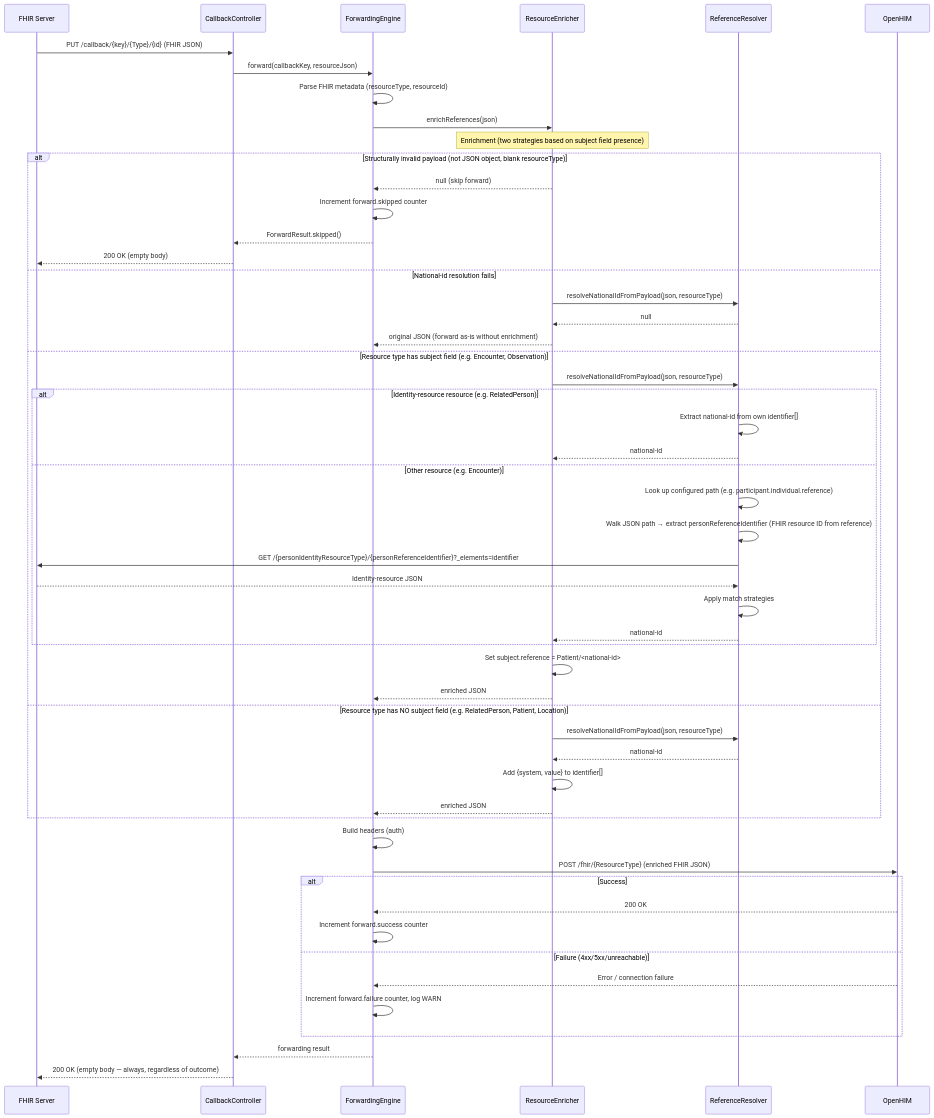
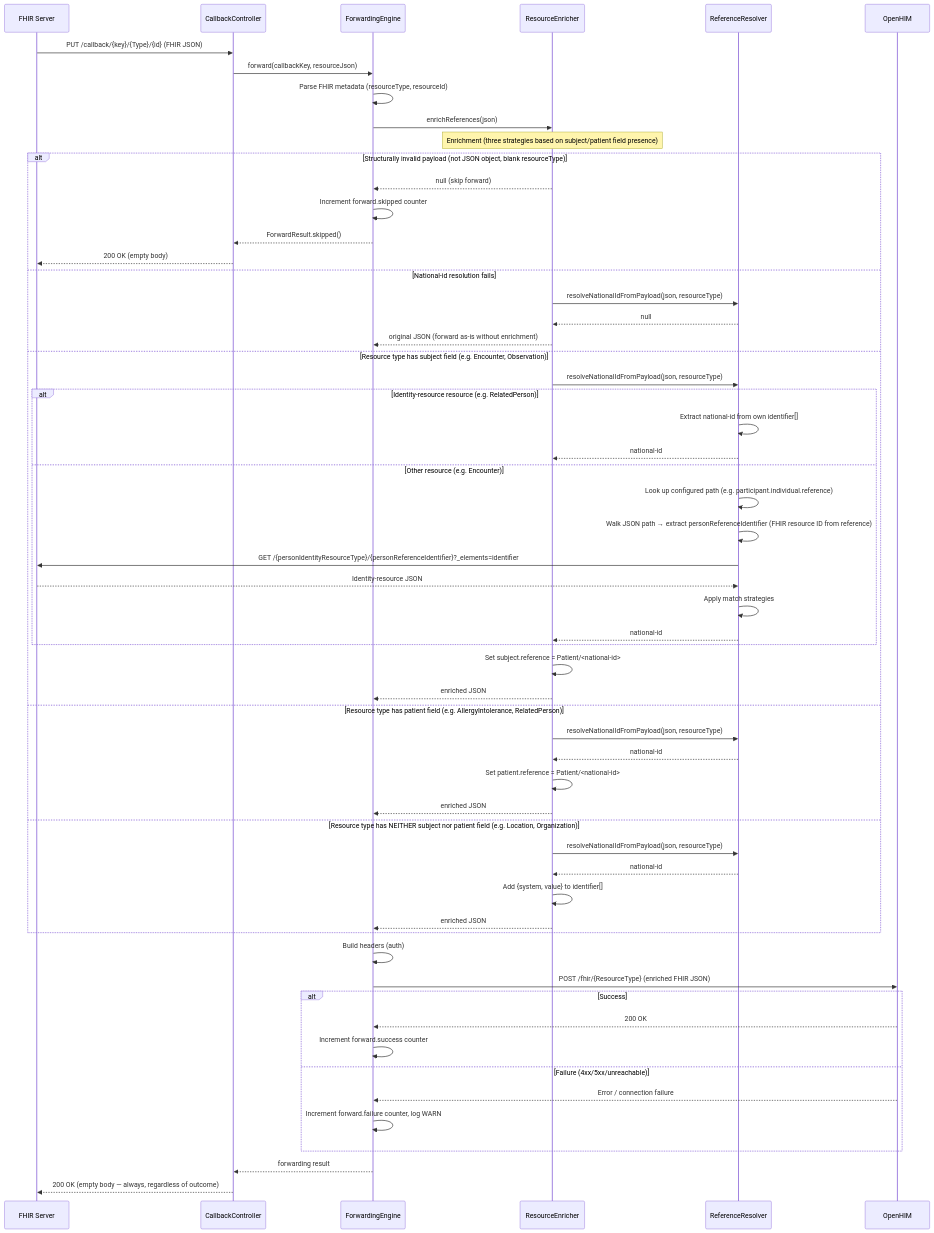
The second of 2 diagrams in docs/architecture.md (ishashankakkasali/fhir-cce-emitter-adaptor), drawn with Mermaid before and after one commit. The commit also changed other lines of this file and 5 other files, not shown here.

Commit message:
update: Enhance national-id enrichment strategies to include patient reference field

````diff
--- a/docs/architecture.md
+++ b/docs/architecture.md
@@ -293,57 +293,62 @@
 ```mermaid
 sequenceDiagram
     participant FS as FHIR Server
     participant CB as CallbackController
     participant FE as ForwardingEngine
     participant RE as ResourceEnricher
     participant RR as ReferenceResolver
     participant T as OpenHIM
 
     FS->>CB: PUT /callback/{key}/{Type}/{id} (FHIR JSON)
     CB->>FE: forward(callbackKey, resourceJson)
     FE->>FE: Parse FHIR metadata (resourceType, resourceId)
     FE->>RE: enrichReferences(json)
 
-    Note over RE: Enrichment (two strategies based on subject field presence)
+    Note over RE: Enrichment (three strategies based on subject/patient field presence)
     alt Structurally invalid payload (not JSON object, blank resourceType)
         RE-->>FE: null (skip forward)
         FE->>FE: Increment forward.skipped counter
         FE-->>CB: ForwardResult.skipped()
         CB-->>FS: 200 OK (empty body)
     else National-id resolution fails
         RE->>RR: resolveNationalIdFromPayload(json, resourceType)
         RR-->>RE: null
         RE-->>FE: original JSON (forward as-is without enrichment)
     else Resource type has subject field (e.g. Encounter, Observation)
         RE->>RR: resolveNationalIdFromPayload(json, resourceType)
         alt Identity-resource resource (e.g. RelatedPerson)
             RR->>RR: Extract national-id from own identifier[]
             RR-->>RE: national-id
         else Other resource (e.g. Encounter)
             RR->>RR: Look up configured path (e.g. participant.individual.reference)
             RR->>RR: Walk JSON path → extract personReferenceIdentifier (FHIR resource ID from reference)
             RR->>FS: GET /{personIdentityResourceType}/{personReferenceIdentifier}?_elements=identifier
             FS-->>RR: Identity-resource JSON
             RR->>RR: Apply match strategies
             RR-->>RE: national-id
         end
         RE->>RE: Set subject.reference = Patient/<national-id>
         RE-->>FE: enriched JSON
-    else Resource type has NO subject field (e.g. RelatedPerson, Patient, Location)
+    else Resource type has patient field (e.g. AllergyIntolerance, RelatedPerson)
+        RE->>RR: resolveNationalIdFromPayload(json, resourceType)
+        RR-->>RE: national-id
+        RE->>RE: Set patient.reference = Patient/<national-id>
+        RE-->>FE: enriched JSON
+    else Resource type has NEITHER subject nor patient field (e.g. Location, Organization)
         RE->>RR: resolveNationalIdFromPayload(json, resourceType)
         RR-->>RE: national-id
         RE->>RE: Add {system, value} to identifier[]
         RE-->>FE: enriched JSON
     end
     FE->>FE: Build headers (auth)
     FE->>T: POST /fhir/{ResourceType} (enriched FHIR JSON)
     alt Success
         T-->>FE: 200 OK
         FE->>FE: Increment forward.success counter
     else Failure (4xx/5xx/unreachable)
         T-->>FE: Error / connection failure
         FE->>FE: Increment forward.failure counter, log WARN
     end
     FE-->>CB: forwarding result
     CB-->>FS: 200 OK (empty body — always, regardless of outcome)
 ```
````
